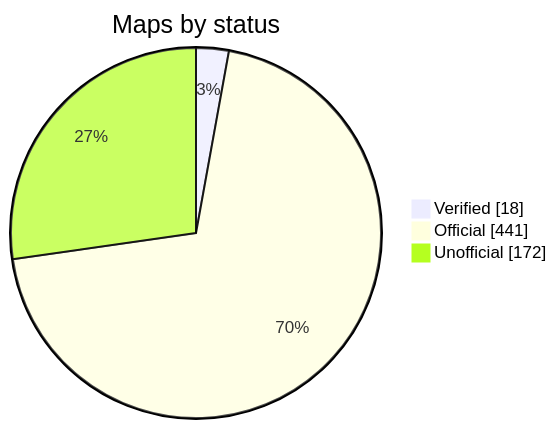
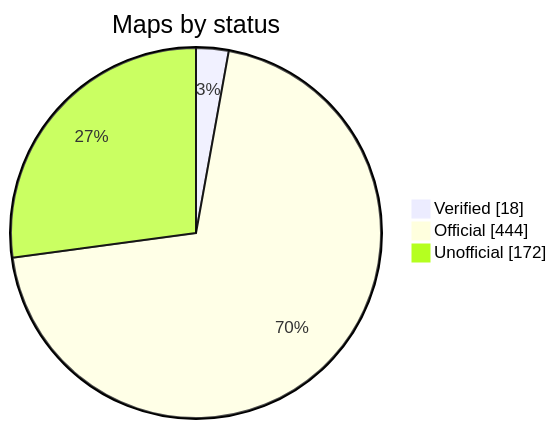
The diagram in README.md (nobrega8/mbmap-library), drawn with Mermaid before and after one commit. The commit also changed 8 other files, not shown here.

````diff
--- a/README.md
+++ b/README.md
@@ -52,7 +52,7 @@
 ```mermaid
 pie showData
     title Maps by status
     "Verified" : 18
-    "Official" : 441
+    "Official" : 444
     "Unofficial" : 172
 ```
````
